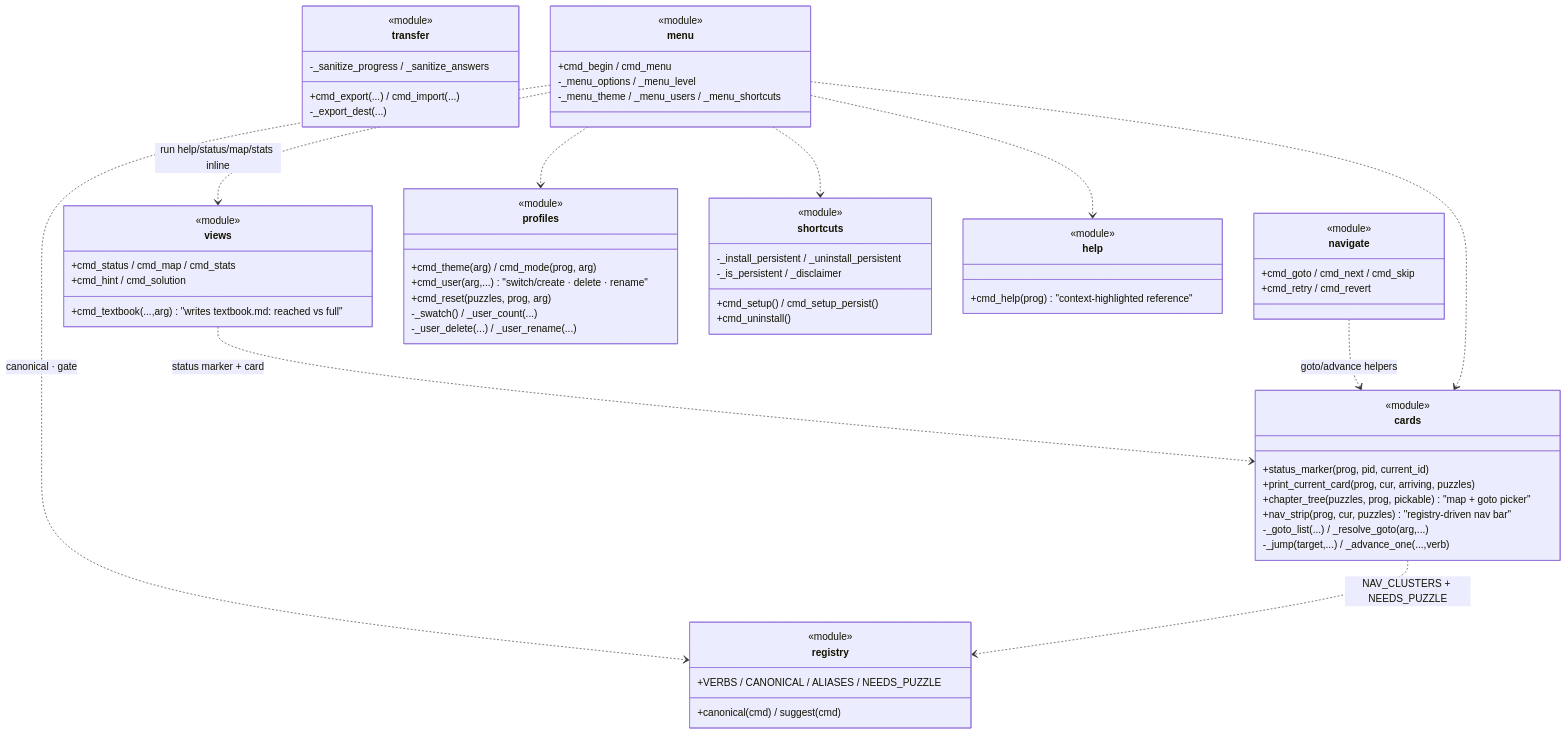
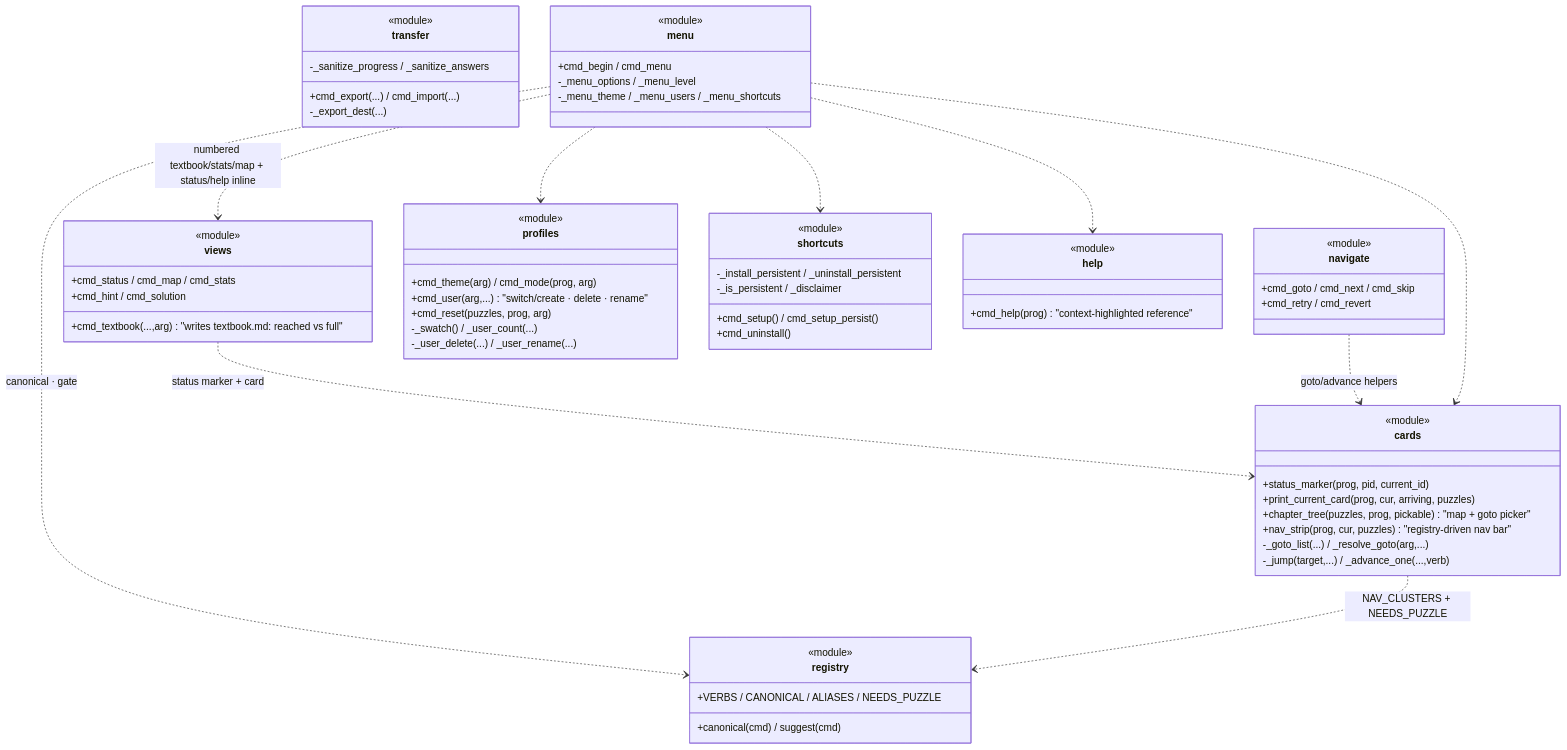
The second of 4 diagrams in docs/architecture/commands.md (N041M/PyQuest), drawn with Mermaid before and after one commit. The commit also changed 4 other files, not shown here.

Commit message:
Redesign menu as grouped hub: surface textbook, stats, map, mode

````diff
--- a/docs/architecture/commands.md
+++ b/docs/architecture/commands.md
@@ -51,68 +51,68 @@
 ```mermaid
 classDiagram
     class registry {
         <<module>>
         +VERBS / CANONICAL / ALIASES / NEEDS_PUZZLE
         +canonical(cmd) / suggest(cmd)
     }
     class cards {
         <<module>>
         +status_marker(prog, pid, current_id)
         +print_current_card(prog, cur, arriving, puzzles)
         +chapter_tree(puzzles, prog, pickable)  "map + goto picker"
         +nav_strip(prog, cur, puzzles)  "registry-driven nav bar"
         -_goto_list(...) / _resolve_goto(arg,...)
         -_jump(target,...) / _advance_one(...,verb)
     }
     class views {
         <<module>>
         +cmd_status / cmd_map / cmd_stats
         +cmd_hint / cmd_solution
         +cmd_textbook(...,arg)  "writes textbook.md: reached vs full"
     }
     class navigate {
         <<module>>
         +cmd_goto / cmd_next / cmd_skip
         +cmd_retry / cmd_revert
     }
     class profiles {
         <<module>>
         +cmd_theme(arg) / cmd_mode(prog, arg)
         +cmd_user(arg,...)  "switch/create · delete · rename"
         +cmd_reset(puzzles, prog, arg)
         -_swatch() / _user_count(...)
         -_user_delete(...) / _user_rename(...)
     }
     class transfer {
         <<module>>
         +cmd_export(...) / cmd_import(...)
         -_export_dest(...)
         -_sanitize_progress / _sanitize_answers
     }
     class shortcuts {
         <<module>>
         +cmd_setup() / cmd_setup_persist()
         +cmd_uninstall()
         -_install_persistent / _uninstall_persistent
         -_is_persistent / _disclaimer
     }
     class menu {
         <<module>>
         +cmd_begin / cmd_menu
         -_menu_options / _menu_level
         -_menu_theme / _menu_users / _menu_shortcuts
     }
     class help {
         <<module>>
         +cmd_help(prog)  "context-highlighted reference"
     }
     views ..> cards : status marker + card
     navigate ..> cards : goto/advance helpers
     menu ..> cards
     menu ..> profiles
     menu ..> shortcuts
-    menu ..> views : run help/status/map/stats inline
+    menu ..> views : numbered textbook/stats/map + status/help inline
     menu ..> help
     menu ..> registry : canonical · gate
     cards ..> registry : NAV_CLUSTERS + NEEDS_PUZZLE
 ```
````
